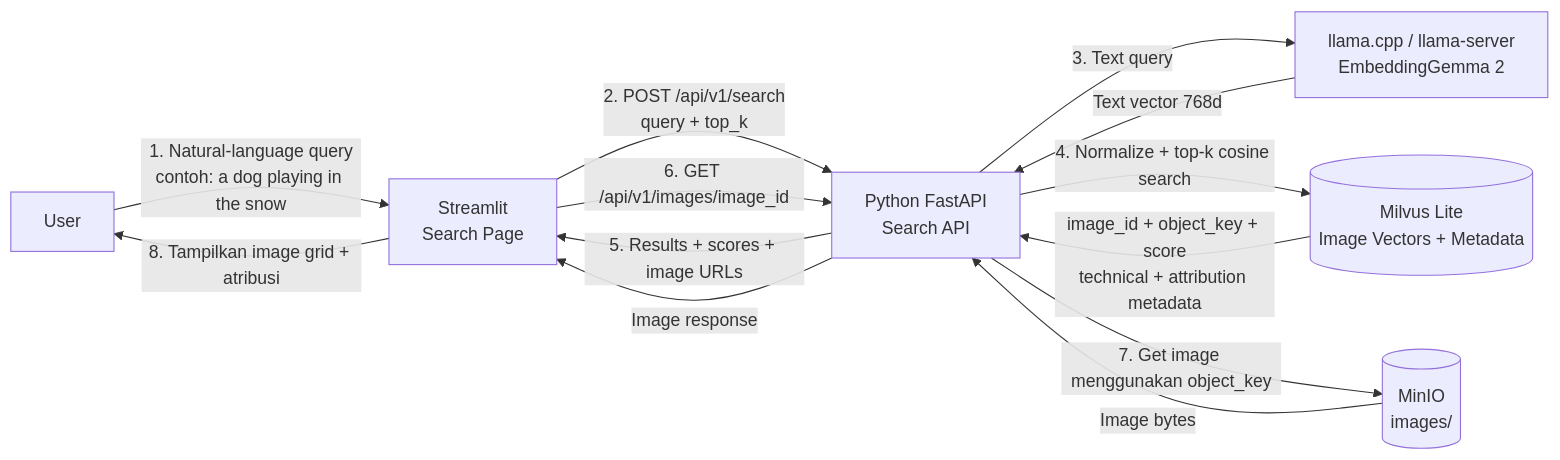
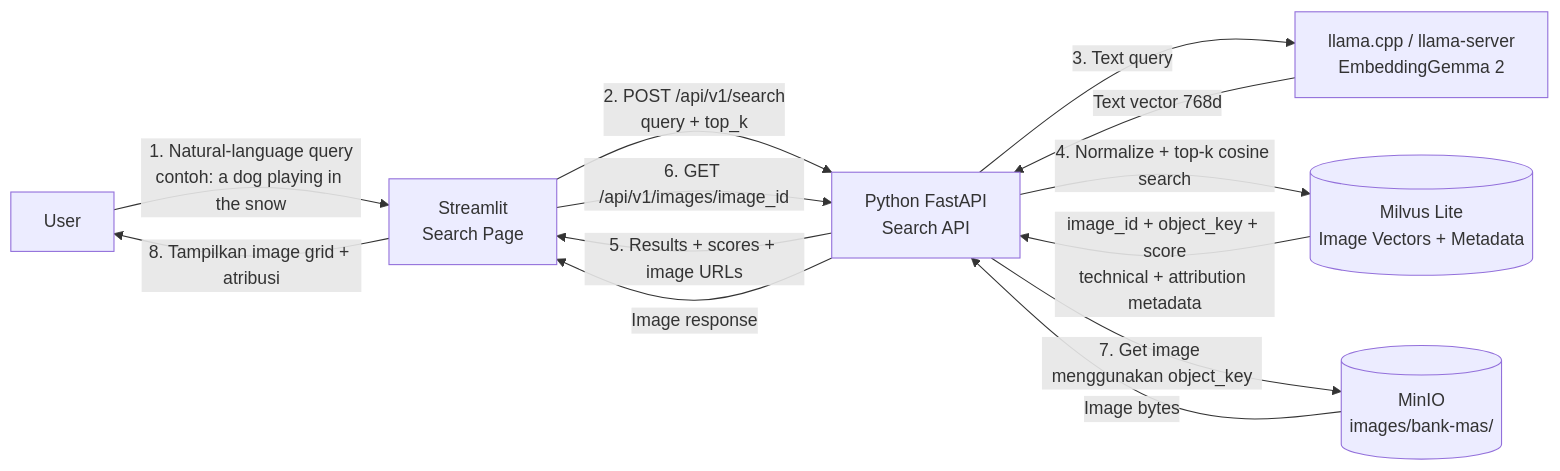
One commit to mwahid60/image-search changed the second of 2 diagrams in docs/rencana-implementasi.md. Above: the diagram before and after it, drawn with Mermaid. The commit also changed other lines of this file and 1 other file, not shown here.

Commit message:
docs: add MinIO bank-mas prefixes

````diff
--- a/docs/rencana-implementasi.md
+++ b/docs/rencana-implementasi.md
@@ -154,22 +154,22 @@
 ```mermaid
 flowchart LR
     U["User"]
     ST["Streamlit<br/>Search Page"]
     PY["Python FastAPI<br/>Search API"]
     MODEL["llama.cpp / llama-server<br/>EmbeddingGemma 2"]
     MILVUS[("Milvus Lite<br/>Image Vectors + Metadata")]
-    MINIO[("MinIO<br/>images/")]
+    MINIO[("MinIO<br/>images/bank-mas/")]
 
     U -- "1. Natural-language query<br/>contoh: a dog playing in the snow" --> ST
     ST -- "2. POST /api/v1/search<br/>query + top_k" --> PY
     PY -- "3. Text query" --> MODEL
     MODEL -- "Text vector 768d" --> PY
     PY -- "4. Normalize + top-k cosine search" --> MILVUS
     MILVUS -- "image_id + object_key + score<br/>technical + attribution metadata" --> PY
     PY -- "5. Results + scores + image URLs" --> ST
     ST -- "6. GET /api/v1/images/image_id" --> PY
     PY -- "7. Get image menggunakan object_key" --> MINIO
     MINIO -- "Image bytes" --> PY
     PY -- "Image response" --> ST
     ST -- "8. Tampilkan image grid + atribusi" --> U
 ```
````
